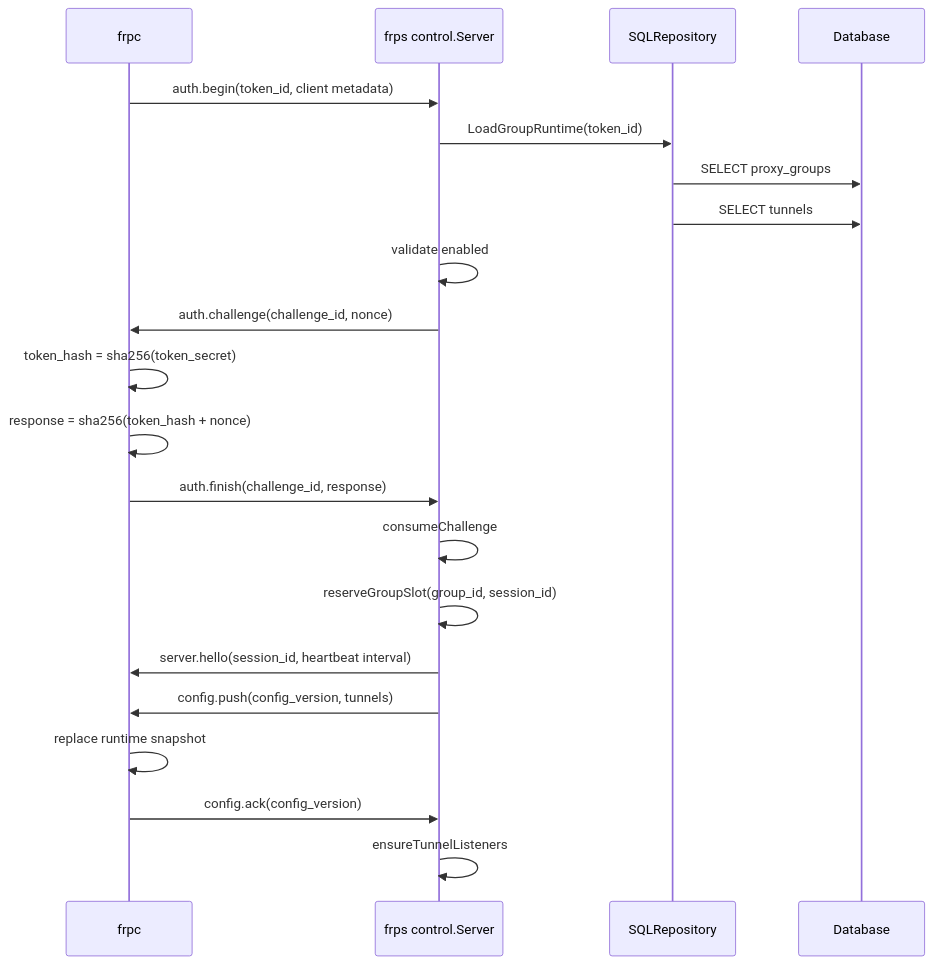
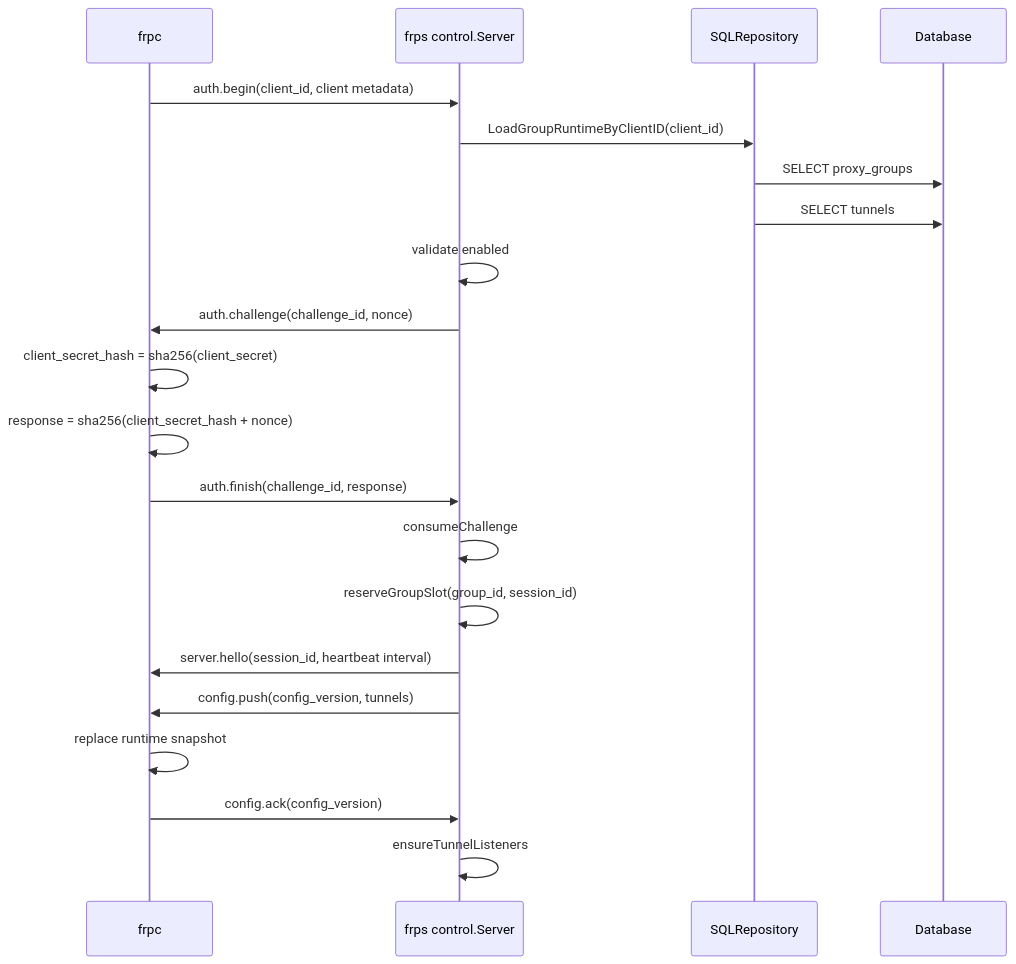
One commit to Zightch/frp changed the fourth of 6 diagrams in docs/frps-frpc-current-architecture.md. Above: the diagram before and after it, drawn with Mermaid. The commit also changed other lines of this file and 14 other files, not shown here.

Commit message:
docs: sync current auth and runtime behavior

````diff
--- a/docs/frps-frpc-current-architecture.md
+++ b/docs/frps-frpc-current-architecture.md
@@ -135,24 +135,24 @@
 ```mermaid
 sequenceDiagram
     participant C as frpc
     participant S as frps control.Server
     participant R as SQLRepository
     participant D as Database
 
-    C->>S: auth.begin(token_id, client metadata)
-    S->>R: LoadGroupRuntime(token_id)
+    C->>S: auth.begin(client_id, client metadata)
+    S->>R: LoadGroupRuntimeByClientID(client_id)
     R->>D: SELECT proxy_groups
     R->>D: SELECT tunnels
     S->>S: validate enabled
     S->>C: auth.challenge(challenge_id, nonce)
-    C->>C: token_hash = sha256(token_secret)
-    C->>C: response = sha256(token_hash + nonce)
+    C->>C: client_secret_hash = sha256(client_secret)
+    C->>C: response = sha256(client_secret_hash + nonce)
     C->>S: auth.finish(challenge_id, response)
     S->>S: consumeChallenge
     S->>S: reserveGroupSlot(group_id, session_id)
     S->>C: server.hello(session_id, heartbeat interval)
     S->>C: config.push(config_version, tunnels)
     C->>C: replace runtime snapshot
     C->>S: config.ack(config_version)
     S->>S: ensureTunnelListeners
 ```
````
